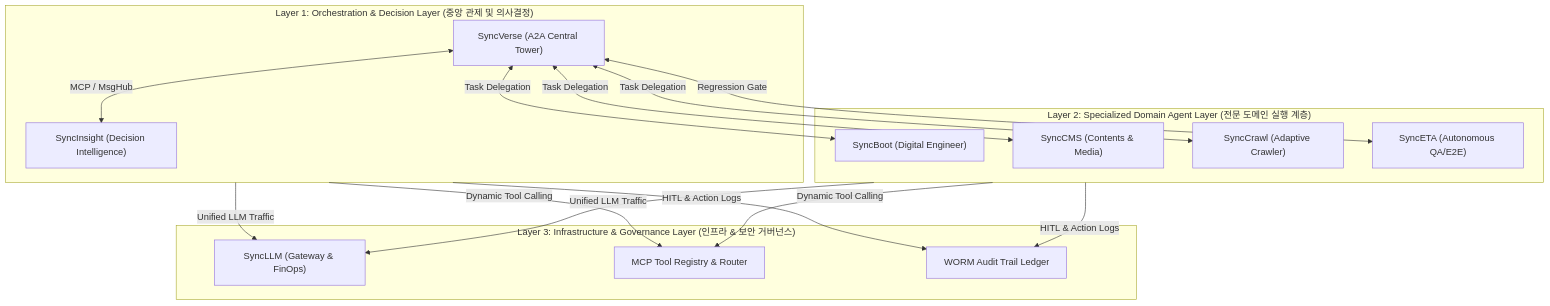
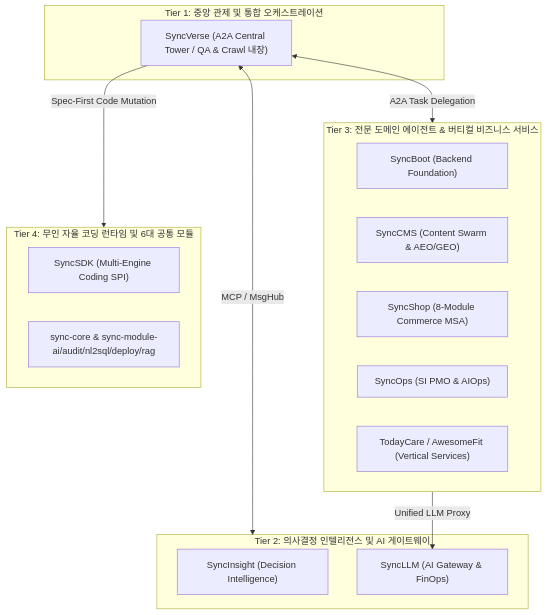
One commit to DramaticCollaboration/doc.github.io changed the first of 2 diagrams in ko/ecosystem/index.md. Above: the diagram before and after it, drawn with Mermaid. The commit also changed other lines of this file and 49 other files, not shown here.

````diff
--- a/ko/ecosystem/index.md
+++ b/ko/ecosystem/index.md
@@ -27,30 +27,29 @@
 ```mermaid
 flowchart TB
-    subgraph Layer1 ["Layer 1: Orchestration & Decision Layer (중앙 관제 및 의사결정)"]
-        SV["SyncVerse (A2A Central Tower)"]
-        SI["SyncInsight (Decision Intelligence)"]
+    subgraph Tier1 ["Tier 1: 중앙 관제 및 통합 오케스트레이션"]
+        SV["SyncVerse (A2A Central Tower / QA & Crawl 내장)"]
     end
 
-    subgraph Layer2 ["Layer 2: Specialized Domain Agent Layer (전문 도메인 실행 계층)"]
-        SB["SyncBoot (Digital Engineer)"]
-        SCMS["SyncCMS (Contents & Media)"]
-        SCRAWL["SyncCrawl (Adaptive Crawler)"]
-        SETA["SyncETA (Autonomous QA/E2E)"]
+    subgraph Tier2 ["Tier 2: 의사결정 인텔리전스 및 AI 게이트웨이"]
+        SI["SyncInsight (Decision Intelligence)"]
+        SLLM["SyncLLM (AI Gateway & FinOps)"]
     end
 
-    subgraph Layer3 ["Layer 3: Infrastructure & Governance Layer (인프라 & 보안 거버넌스)"]
-        SLLM["SyncLLM (Gateway & FinOps)"]
-        MCPHUB["MCP Tool Registry & Router"]
-        AUDIT["WORM Audit Trail Ledger"]
+    subgraph Tier3 ["Tier 3: 전문 도메인 에이전트 & 버티컬 비즈니스 서비스"]
+        SB["SyncBoot (Backend Foundation)"]
+        SCMS["SyncCMS (Content Swarm & AEO/GEO)"]
+        SSHOP["SyncShop (8-Module Commerce MSA)"]
+        SOPS["SyncOps (SI PMO & AIOps)"]
+        VERT["TodayCare / AwesomeFit (Vertical Services)"]
     end
 
-    SV <--> |MCP / MsgHub| SI
-    SV <--> |Task Delegation| SB
-    SV <--> |Task Delegation| SCMS
-    SV <--> |Task Delegation| SCRAWL
-    SV <--> |Regression Gate| SETA
+    subgraph Tier4 ["Tier 4: 무인 자율 코딩 런타임 및 6대 공통 모듈"]
+        SDK["SyncSDK (Multi-Engine Coding SPI)"]
+        CORE["sync-core & sync-module-ai/audit/nl2sql/deploy/rag"]
+    end
 
-    Layer1 & Layer2 --> |Unified LLM Traffic| SLLM
-    Layer1 & Layer2 --> |Dynamic Tool Calling| MCPHUB
-    Layer1 & Layer2 --> |HITL & Action Logs| AUDIT
+    SV <--> |MCP / MsgHub| Tier2
+    SV <--> |A2A Task Delegation| Tier3
+    SV --> |Spec-First Code Mutation| Tier4
+    Tier3 --> |Unified LLM Proxy| SLLM
 ```
````
